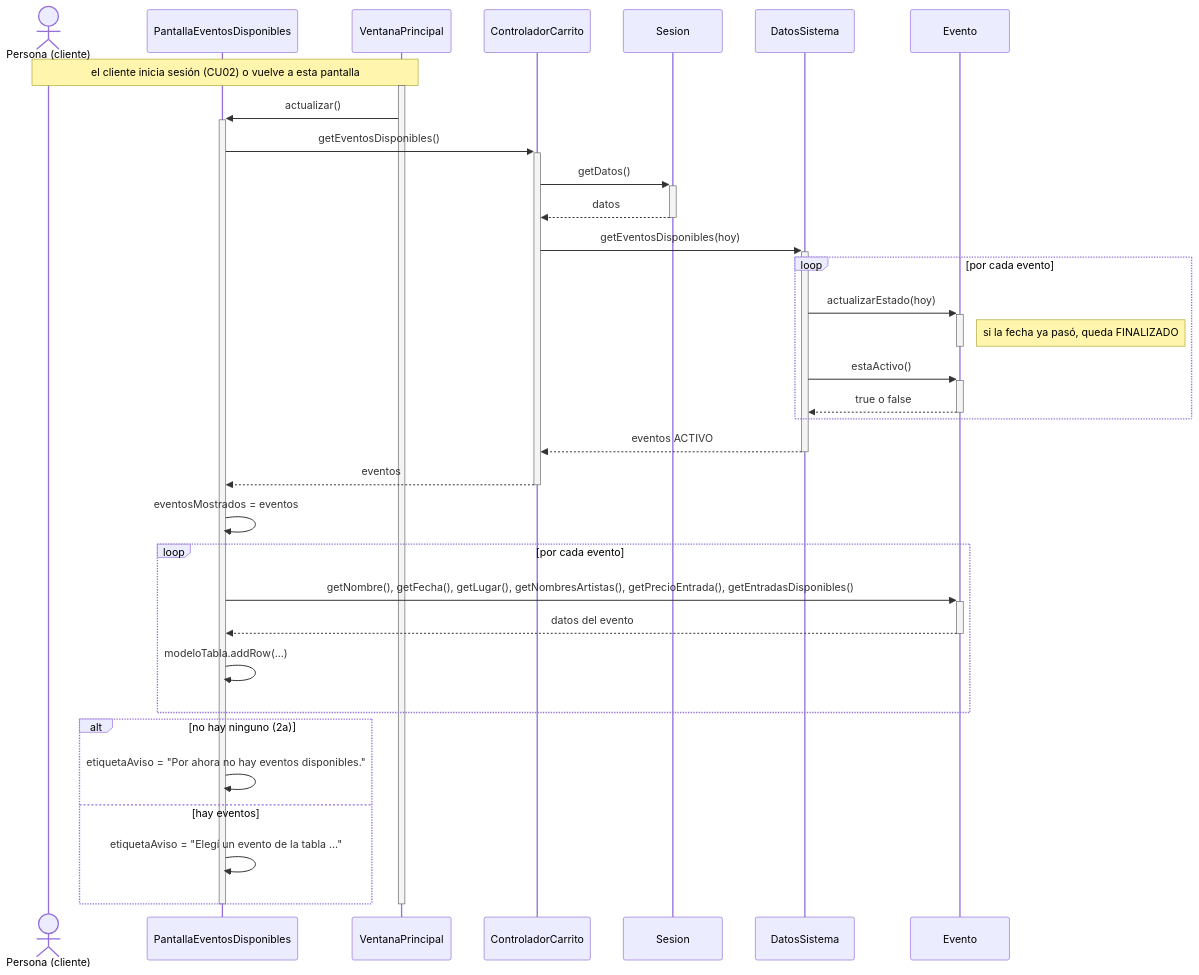
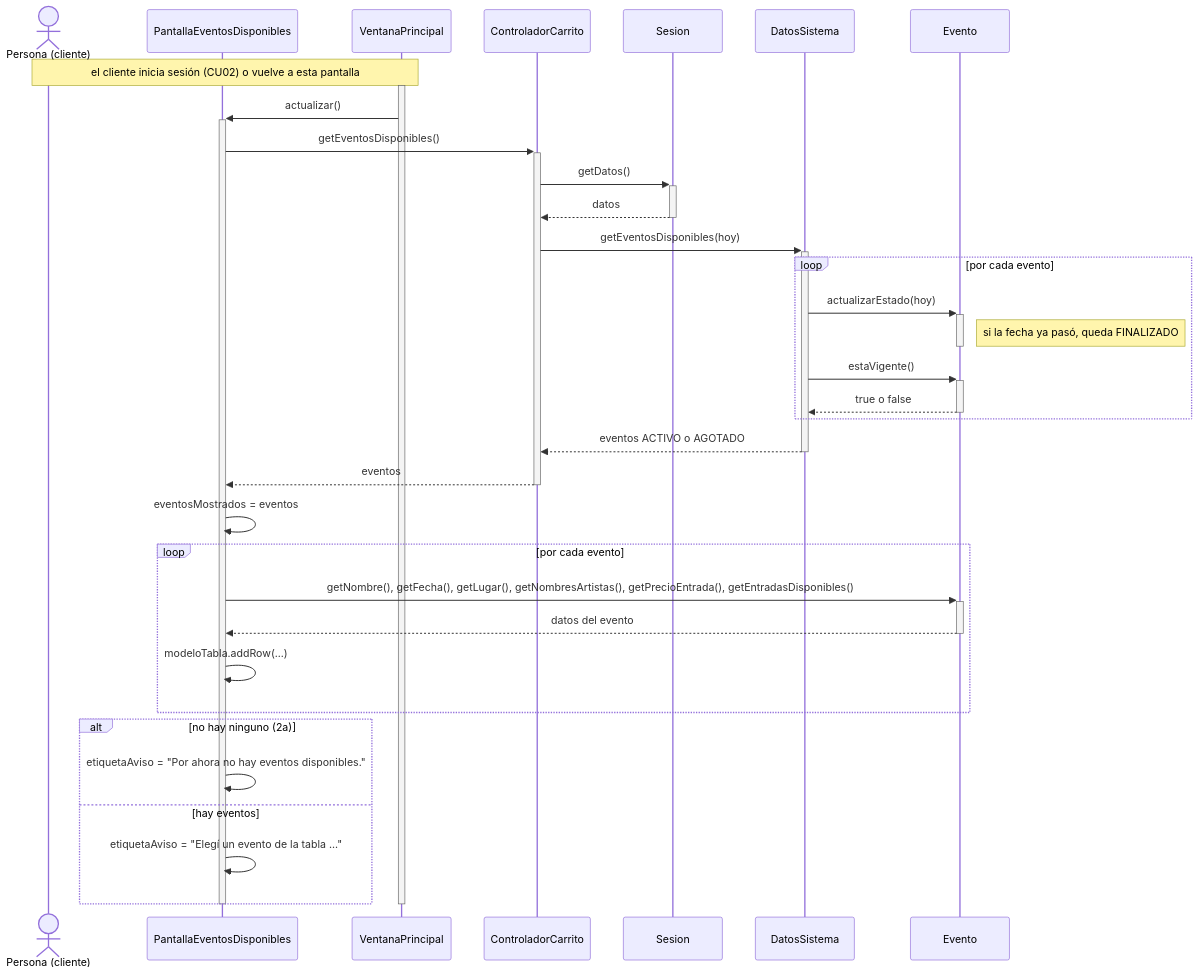
One commit to AgustinSimonenco/gestion-eventos-musicales changed the diagram in docs/diseno/secuencias/CU07-consultar-eventos-disponibles.md. Above: the diagram before and after it, drawn with Mermaid. The commit also changed other lines of this file and 13 other files, not shown here.

Commit message:
E15 y E16: manual de uso, guia de defensa, diagramas y secuencia del CU13

````diff
--- a/docs/diseno/secuencias/CU07-consultar-eventos-disponibles.md
+++ b/docs/diseno/secuencias/CU07-consultar-eventos-disponibles.md
@@ -9,40 +9,40 @@
 ```mermaid
 sequenceDiagram
     actor U as Persona (cliente)
     participant P as PantallaEventosDisponibles
     participant V as VentanaPrincipal
     participant C as ControladorCarrito
     participant S as Sesion
     participant D as DatosSistema
     participant E as Evento
 
     Note over U,V: el cliente inicia sesión (CU02) o vuelve a esta pantalla
     activate V
     V->>+P: actualizar()
     P->>+C: getEventosDisponibles()
     C->>+S: getDatos()
     S-->>-C: datos
     C->>+D: getEventosDisponibles(hoy)
     loop por cada evento
         D->>+E: actualizarEstado(hoy)
         Note right of E: si la fecha ya pasó, queda FINALIZADO
         deactivate E
-        D->>+E: estaActivo()
+        D->>+E: estaVigente()
         E-->>-D: true o false
     end
-    D-->>-C: eventos ACTIVO
+    D-->>-C: eventos ACTIVO o AGOTADO
     C-->>-P: eventos
     P->>P: eventosMostrados = eventos
     loop por cada evento
         P->>+E: getNombre(), getFecha(), getLugar(), getNombresArtistas(), getPrecioEntrada(), getEntradasDisponibles()
         E-->>-P: datos del evento
         P->>P: modeloTabla.addRow(...)
     end
     alt no hay ninguno (2a)
         P->>P: etiquetaAviso = "Por ahora no hay eventos disponibles."
     else hay eventos
         P->>P: etiquetaAviso = "Elegí un evento de la tabla ..."
     end
     deactivate P
     deactivate V
 ```
````
